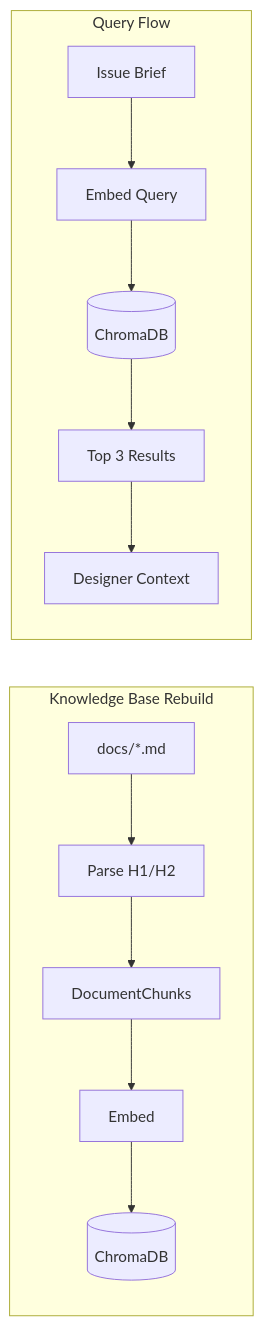
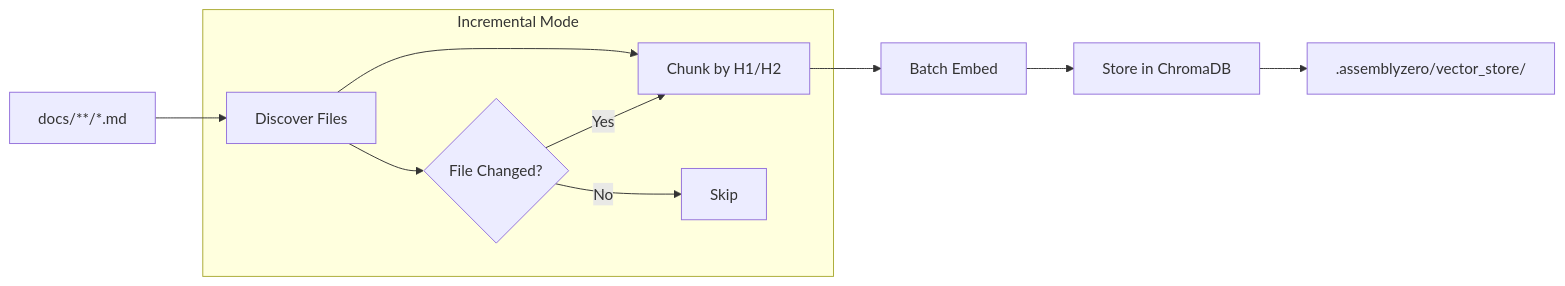
Before and after one commit to martymcenroe/AssemblyZero: the second of 2 diagrams in docs/lineage/done/88-lld-n1/003-draft.md, drawn with Mermaid. The commit also changed other lines of this file and 4 other files, not shown here.

````diff
--- a/docs/lineage/done/88-lld-n1/003-draft.md
+++ b/docs/lineage/done/88-lld-n1/003-draft.md
@@ -432,16 +680,14 @@
 ```mermaid
-flowchart LR
-    subgraph Ingestion["Knowledge Base Rebuild"]
-        A[docs/*.md] --> B[Parse H1/H2]
-        B --> C[DocumentChunks]
-        C --> D[Embed]
-        D --> E[(ChromaDB)]
-    end
-    
-    subgraph Retrieval["Query Flow"]
-        F[Issue Brief] --> G[Embed Query]
-        G --> H[(ChromaDB)]
-        H --> I[Top 3 Results]
-        I --> J[Designer Context]
+graph LR
+    A[docs/**/*.md] --> B[Discover Files]
+    B --> C[Chunk by H1/H2]
+    C --> D[Batch Embed]
+    D --> E[Store in ChromaDB]
+    E --> F[.assemblyzero/vector_store/]
+
+    subgraph "Incremental Mode"
+        B --> G{File Changed?}
+        G -->|Yes| C
+        G -->|No| H[Skip]
     end
 ```
````
